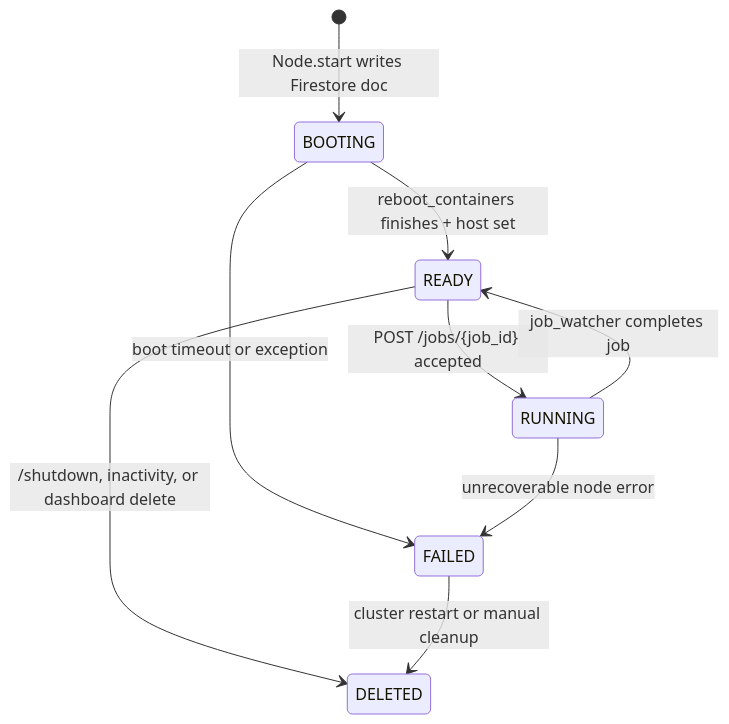
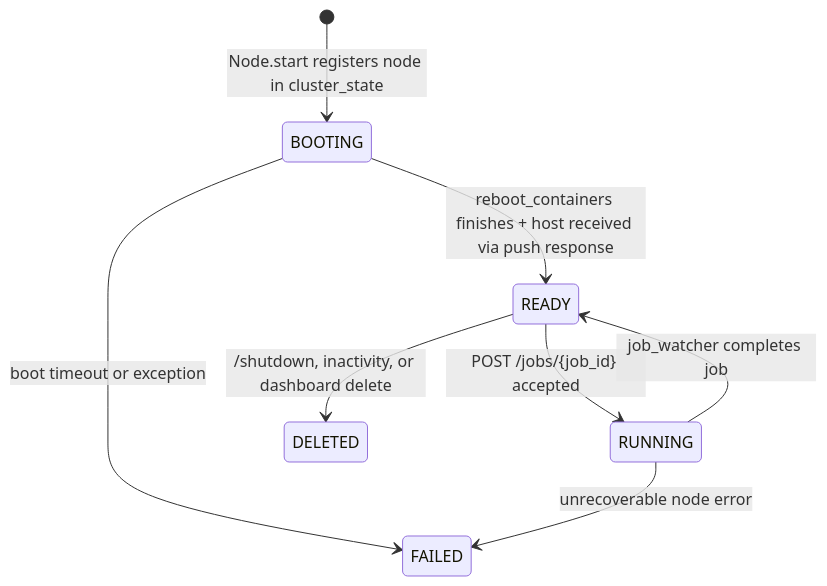
The diagram in .cursor/skills/burla-deep-dive/cluster-operations.md (Burla-Cloud/burla), drawn with Mermaid before and after one commit. The commit also changed other lines of this file and 74 other files, not shown here.

````diff
--- a/.cursor/skills/burla-deep-dive/cluster-operations.md
+++ b/.cursor/skills/burla-deep-dive/cluster-operations.md
@@ -7,11 +7,10 @@
 ```mermaid
 stateDiagram-v2
-    [*] --> BOOTING: Node.start writes Firestore doc
-    BOOTING --> READY: reboot_containers finishes + host set
+    [*] --> BOOTING: Node.start registers node in cluster_state
+    BOOTING --> READY: reboot_containers finishes + host received via push response
     BOOTING --> FAILED: boot timeout or exception
     READY --> RUNNING: POST /jobs/{job_id} accepted
     RUNNING --> READY: job_watcher completes job
     READY --> DELETED: /shutdown, inactivity, or dashboard delete
     RUNNING --> FAILED: unrecoverable node error
-    FAILED --> DELETED: cluster restart or manual cleanup
 ```
````
